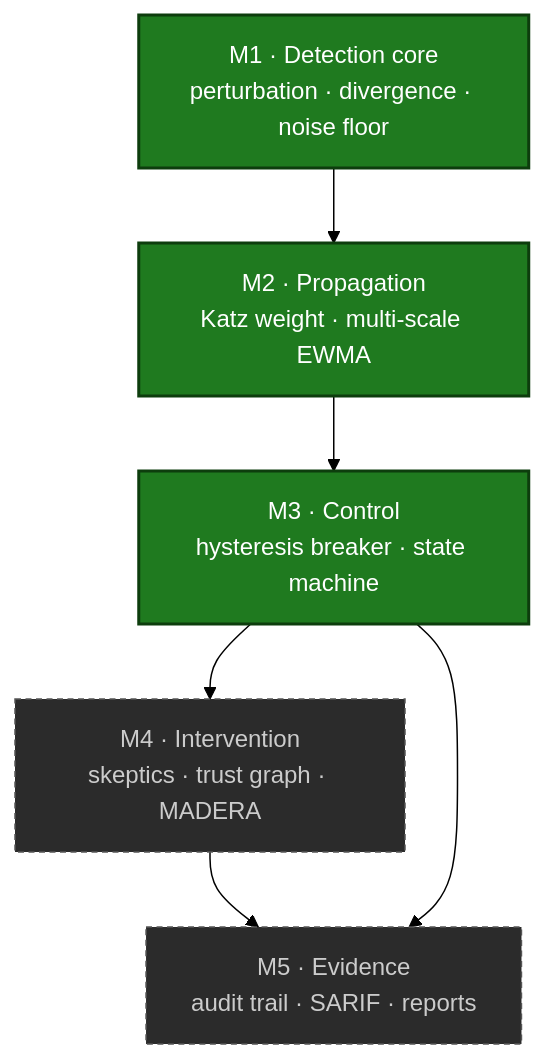
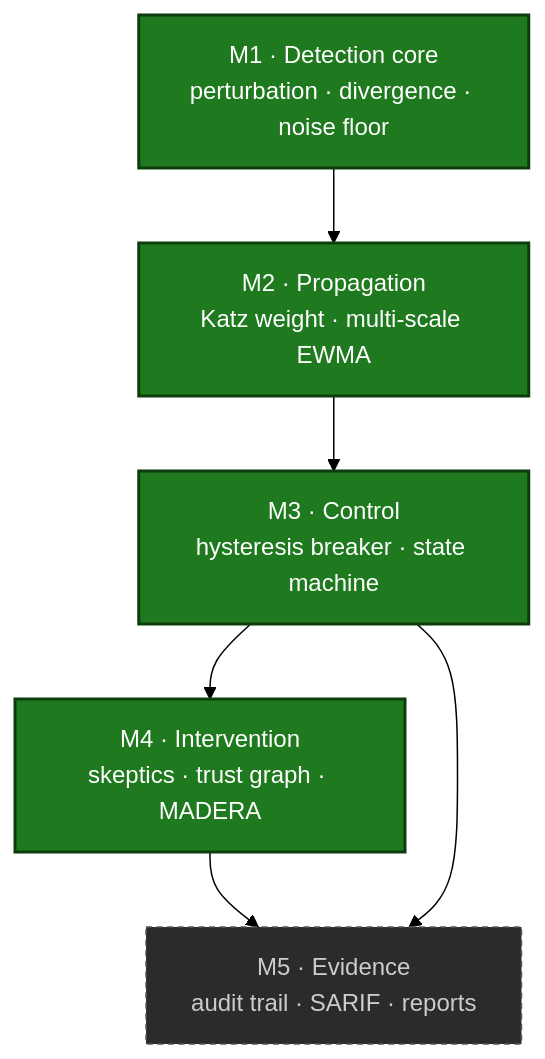
Before and after one commit to krishddd/weighted-emergent-bias: the second of 2 diagrams in README.md, drawn with Mermaid (forest theme). The commit also changed other lines of this file and 8 other files, not shown here.

````diff
--- a/README.md
+++ b/README.md
@@ -167,12 +174,12 @@
 ```mermaid
 flowchart TD
     M1["M1 · Detection core<br/>perturbation · divergence · noise floor"]:::done
     M2["M2 · Propagation<br/>Katz weight · multi-scale EWMA"]:::done
     M3["M3 · Control<br/>hysteresis breaker · state machine"]:::done
-    M4["M4 · Intervention<br/>skeptics · trust graph · MADERA"]:::todo
+    M4["M4 · Intervention<br/>skeptics · trust graph · MADERA"]:::done
     M5["M5 · Evidence<br/>audit trail · SARIF · reports"]:::todo
     M1 --> M2 --> M3 --> M4 --> M5
     M3 --> M5
     classDef done fill:#1f7a1f,color:#fff,stroke:#0d3d0d,stroke-width:2px;
     classDef todo fill:#2b2b2b,color:#ccc,stroke:#555,stroke-dasharray:4 3;
 ```
````
